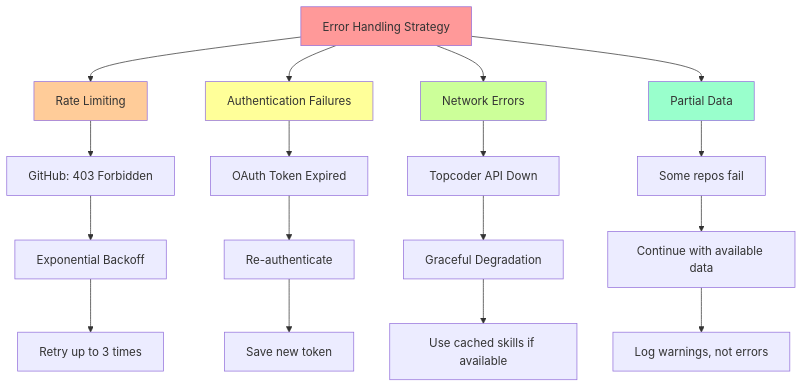
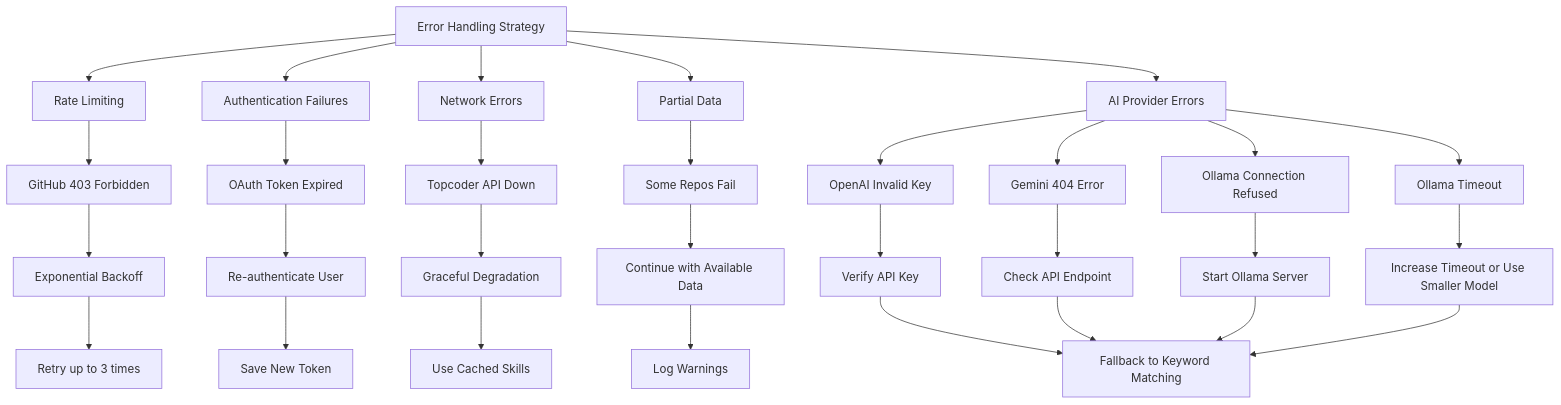
Before and after one commit to kondekarshubham123/Topcoder-Github-Skill-Import: diagram 14 of 18 in docs/ARCHITECTURE.md, drawn with Mermaid. The commit also changed other lines of this file and 1 other file, not shown here.

Commit message:
documentation update for Arch and design flow

````diff
--- a/docs/ARCHITECTURE.md
+++ b/docs/ARCHITECTURE.md
@@ -490,29 +517,40 @@
 ```mermaid
 flowchart TD
-    A[Error Handling Strategy] --> B[Rate Limiting]
+    A[Error Handling Strategy]
+    A --> B[Rate Limiting]
     A --> C[Authentication Failures]
     A --> D[Network Errors]
     A --> E[Partial Data]
+    A --> F[AI Provider Errors]
     
-    B --> B1[GitHub: 403 Forbidden]
+    B --> B1[GitHub 403 Forbidden]
     B1 --> B2[Exponential Backoff]
     B2 --> B3[Retry up to 3 times]
     
     C --> C1[OAuth Token Expired]
-    C1 --> C2[Re-authenticate]
-    C2 --> C3[Save new token]
+    C1 --> C2[Re-authenticate User]
+    C2 --> C3[Save New Token]
     
     D --> D1[Topcoder API Down]
     D1 --> D2[Graceful Degradation]
-    D2 --> D3[Use cached skills if available]
+    D2 --> D3[Use Cached Skills]
     
-    E --> E1[Some repos fail]
-    E1 --> E2[Continue with available data]
-    E2 --> E3[Log warnings, not errors]
+    E --> E1[Some Repos Fail]
+    E1 --> E2[Continue with Available Data]
+    E2 --> E3[Log Warnings]
     
-    style A fill:#ff9999
-    style B fill:#ffcc99
-    style C fill:#ffff99
-    style D fill:#ccff99
-    style E fill:#99ffcc
+    F --> F1[OpenAI Invalid Key]
+    F --> F2[Gemini 404 Error]
+    F --> F3[Ollama Connection Refused]
+    F --> F4[Ollama Timeout]
+    
+    F1 --> F5[Verify API Key]
+    F2 --> F6[Check API Endpoint]
+    F3 --> F7[Start Ollama Server]
+    F4 --> F8[Increase Timeout or Use Smaller Model]
+    
+    F5 --> F9[Fallback to Keyword Matching]
+    F6 --> F9
+    F7 --> F9
+    F8 --> F9
 ```
````
